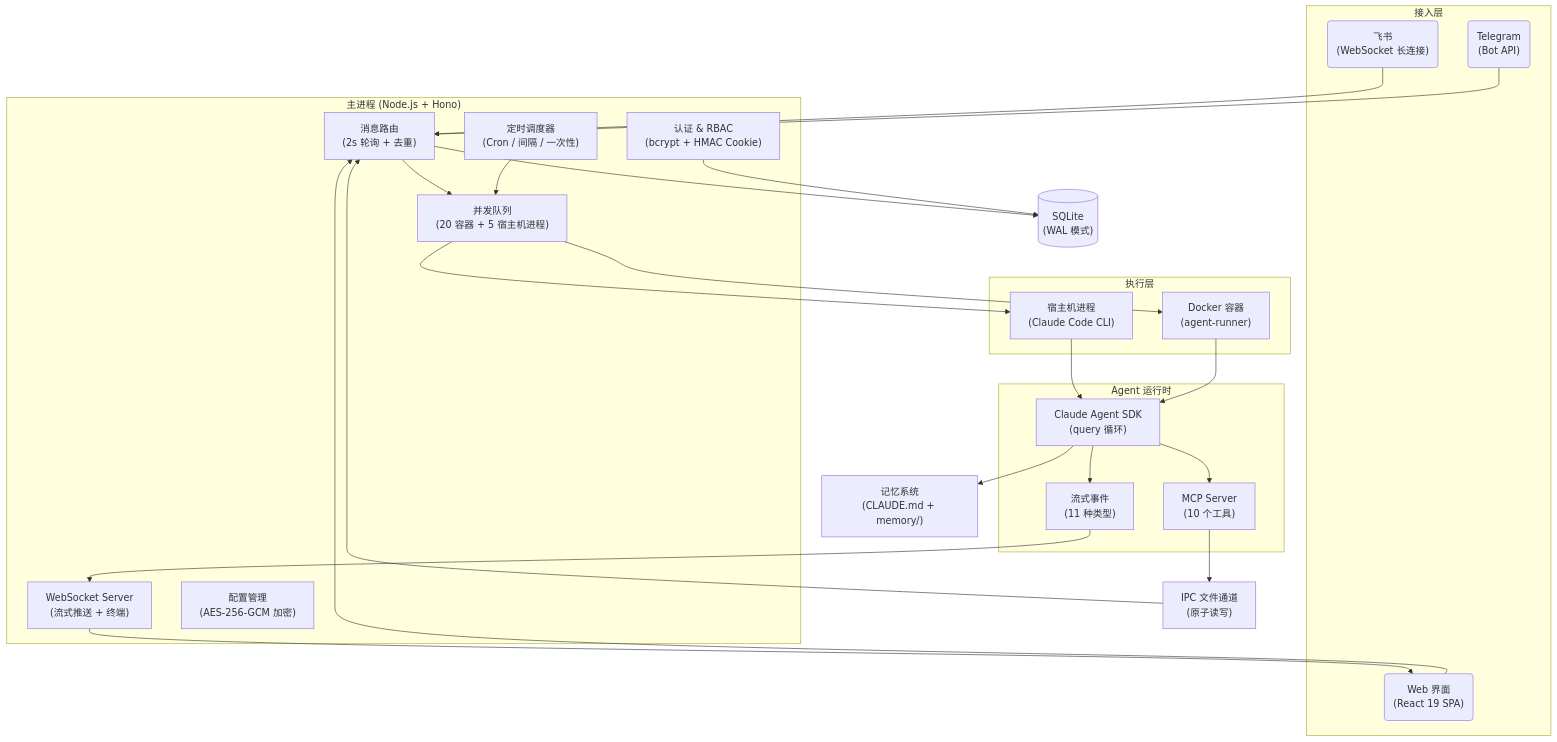
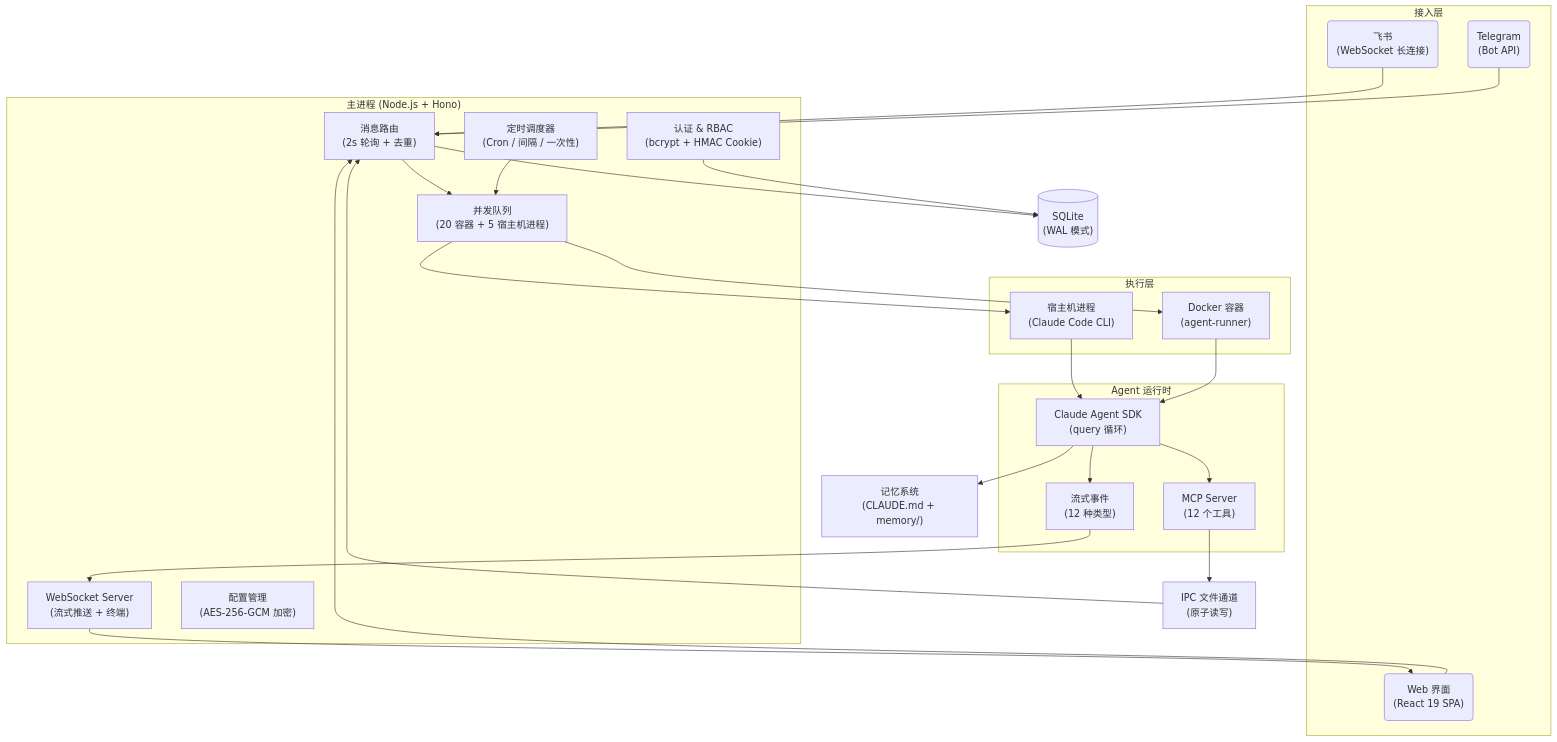
One commit to rome-xi/happyclaw changed the diagram in README.md. Above: the diagram before and after it, drawn with Mermaid. The commit also changed other lines of this file and 1 other file, not shown here.

````diff
--- a/README.md
+++ b/README.md
@@ -288,64 +290,64 @@
 ```mermaid
 flowchart TD
     subgraph 接入层
         Feishu("飞书<br/>(WebSocket 长连接)")
         Telegram("Telegram<br/>(Bot API)")
         Web("Web 界面<br/>(React 19 SPA)")
     end
 
     subgraph 主进程["主进程 (Node.js + Hono)"]
         Router["消息路由<br/>(2s 轮询 + 去重)"]
         Queue["并发队列<br/>(20 容器 + 5 宿主机进程)"]
         Scheduler["定时调度器<br/>(Cron / 间隔 / 一次性)"]
         WS["WebSocket Server<br/>(流式推送 + 终端)"]
         Auth["认证 & RBAC<br/>(bcrypt + HMAC Cookie)"]
         Config["配置管理<br/>(AES-256-GCM 加密)"]
     end
 
     subgraph 执行层
         Host["宿主机进程<br/>(Claude Code CLI)"]
         Container["Docker 容器<br/>(agent-runner)"]
     end
 
     subgraph Agent["Agent 运行时"]
         SDK["Claude Agent SDK<br/>(query 循环)"]
-        MCP["MCP Server<br/>(10 个工具)"]
-        Stream["流式事件<br/>(11 种类型)"]
+        MCP["MCP Server<br/>(12 个工具)"]
+        Stream["流式事件<br/>(12 种类型)"]
     end
 
     DB[("SQLite<br/>(WAL 模式)")]
     IPC["IPC 文件通道<br/>(原子读写)"]
     Memory["记忆系统<br/>(CLAUDE.md + memory/)"]
 
     Feishu --> Router
     Telegram --> Router
     Web --> Router
 
     Router --> Queue
     Queue --> Host
     Queue --> Container
     Scheduler --> Queue
 
     Host --> SDK
     Container --> SDK
     SDK --> MCP
     SDK --> Stream
 
     MCP --> IPC
     IPC --> Router
 
     Stream --> WS
     WS --> Web
 
     Router --> DB
     Auth --> DB
     SDK --> Memory
 
     class Feishu,Telegram,Web fe
     class Router,Queue,Scheduler,WS,Auth,Config svc
     class DB db
     class Host,Container faas
     class SDK,MCP,Stream faas
     class IPC cfg
     class Memory cfg
 ```
````
